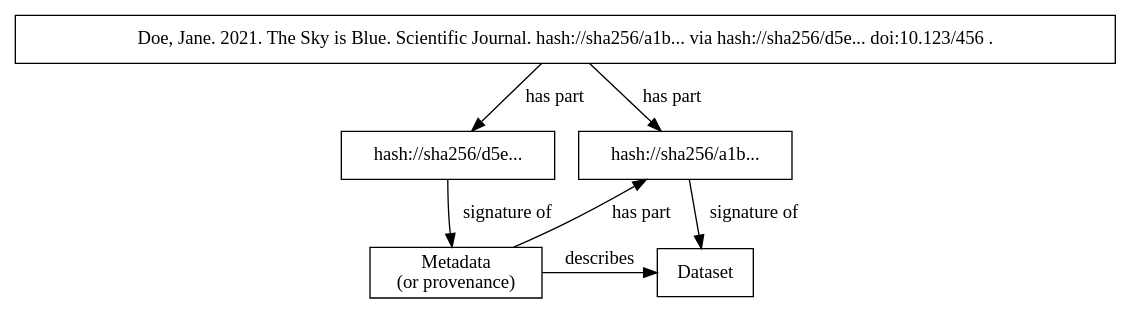
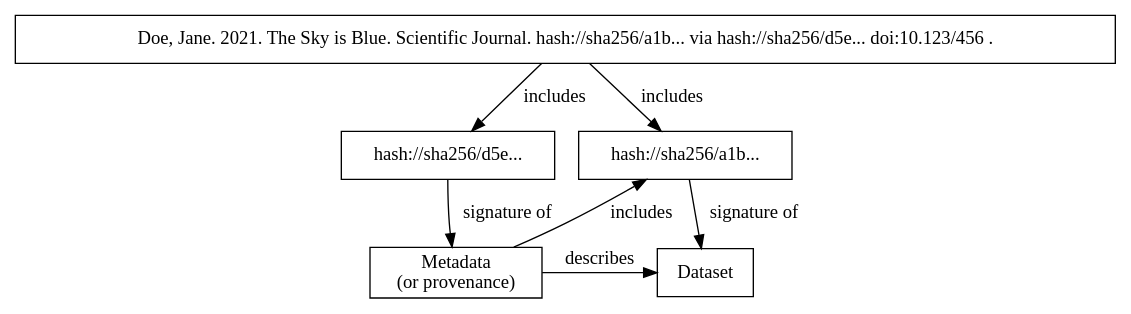
Before and after one commit to bio-guoda/preston: the diagram in docs/citation-signature.dot, drawn with Graphviz. The commit also changed 2 other files, not shown here.

Commit message:
replace [has part] with [includes] in citation figure as suggsted by @mielliott

```diff
--- a/docs/citation-signature.dot
+++ b/docs/citation-signature.dot
@@ -1,28 +1,28 @@
 digraph citation_signature {
 
       rankdir=TB;
 
       signature1-> metadataset1 [label="signature of"];
       signature2-> dataset1 [label="signature of"];
 
       signature1 [shape="box", label="hash://sha256/d5e..."];
       signature2 [shape="box", label="hash://sha256/a1b..."];
 
 
-      citation-> signature1 [label="has part"];
-      citation-> signature2 [label="has part"];
+      citation-> signature1 [label="includes"];
+      citation-> signature2 [label="includes"];
       
       citation [shape="box", label="Doe, Jane. 2021. The Sky is Blue. Scientific Journal. hash://sha256/a1b... via hash://sha256/d5e... doi:10.123/456 ."]; 
 
 
       metadataset1-> dataset1 [label="describes"];
-      metadataset1-> signature2 [label="has part"];
+      metadataset1-> signature2 [label="includes"];
 
       dataset1 [shape="box", label="Dataset"]; 
    
       metadataset1 [shape="box", label="Metadata\n(or provenance)"];
 
       {rank = same; signature1; signature2; }
       {rank = same; metadataset1; dataset1; }
 
 }
```
